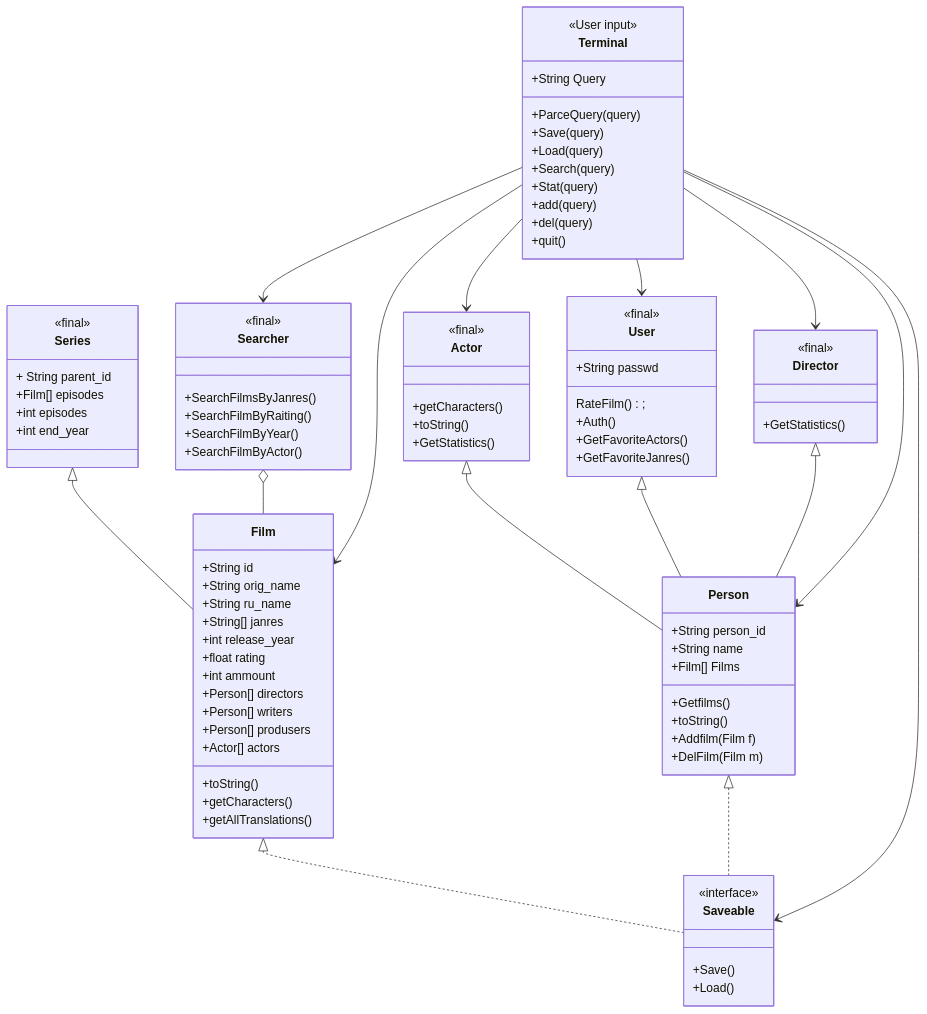
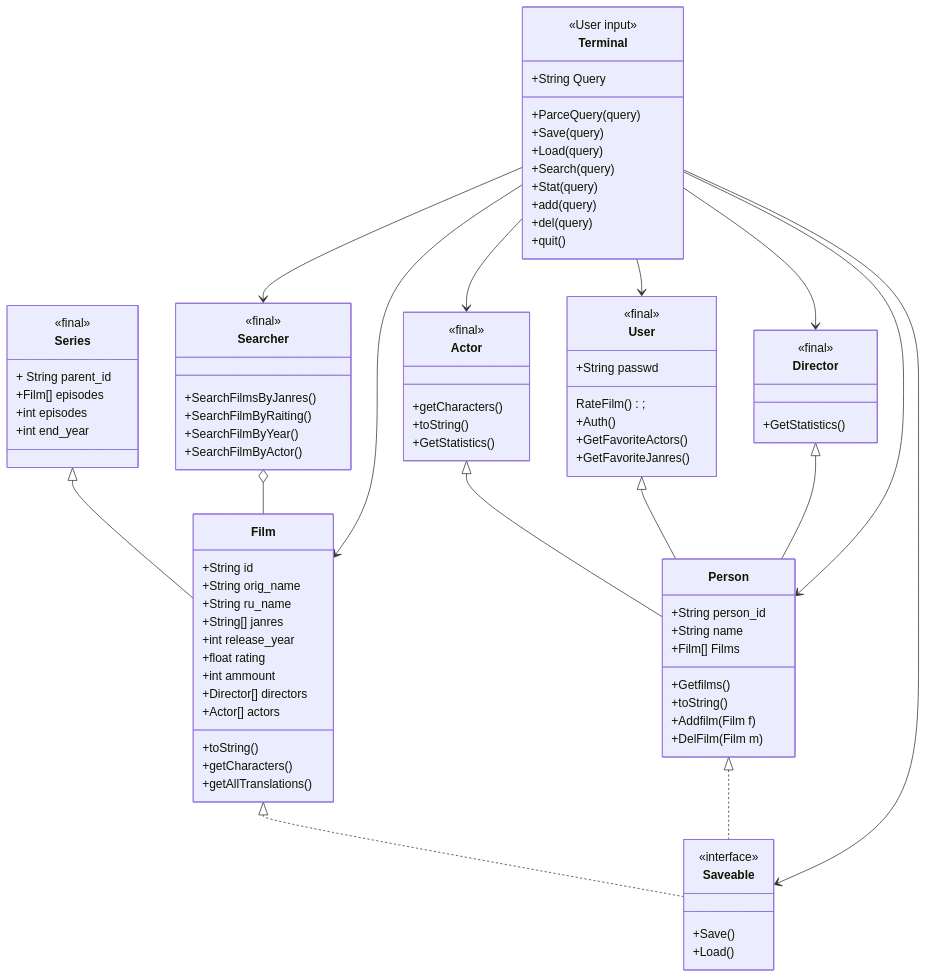
Before and after one commit to mmonastyrskiy/Programming_3_sem: the diagram in Java_OOP/Monastyrskiy/Java_project/docs/structure.md, drawn with Mermaid.

```diff
--- a/Java_OOP/Monastyrskiy/Java_project/docs/structure.md
+++ b/Java_OOP/Monastyrskiy/Java_project/docs/structure.md
@@ -35,9 +35,7 @@
     	+int release_year
     	+float rating
     	+int ammount
-    	+Person[] directors
-    	+Person[] writers
-    	+Person[] produsers
+    	+Director[] directors
     	+Actor[] actors
     	+toString()
     	+getCharacters()
```
